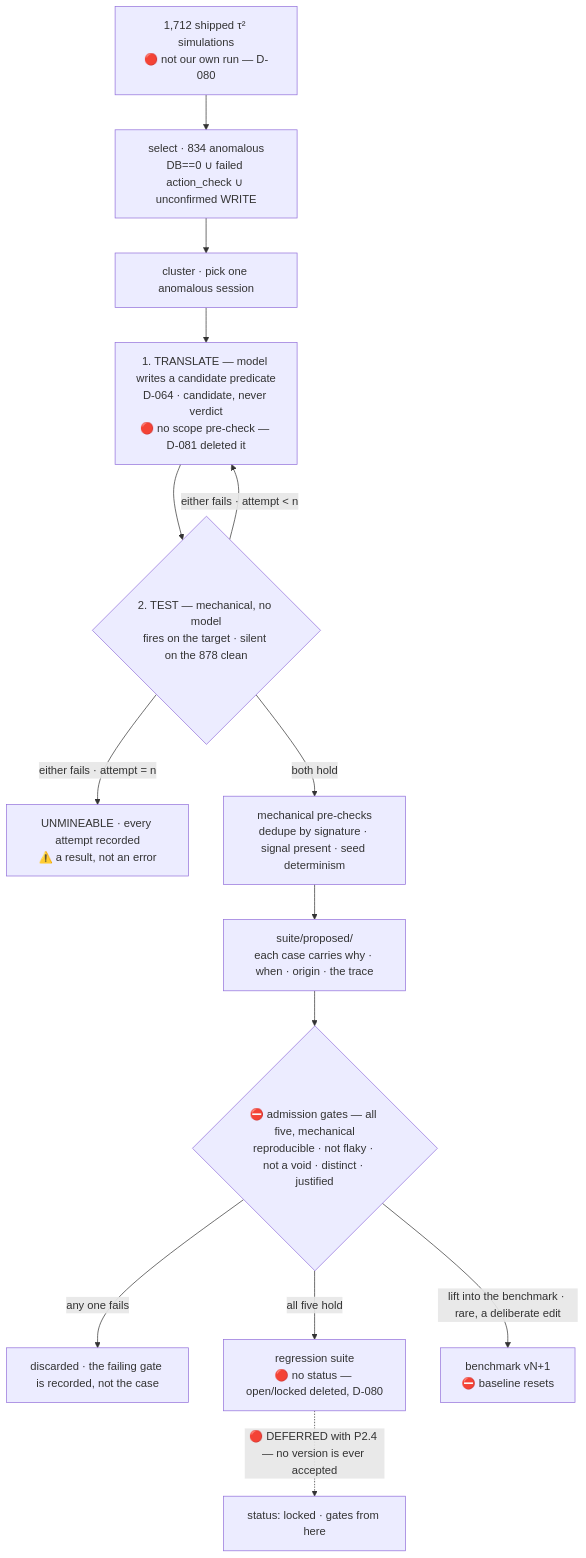
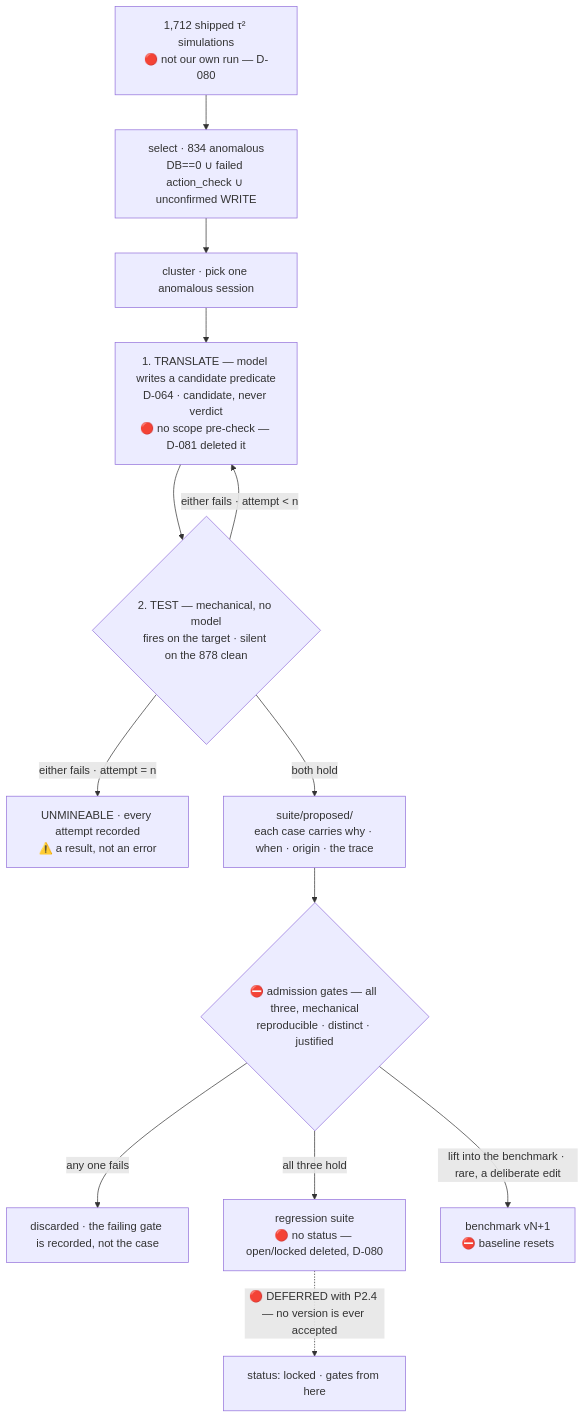
The diagram in docs/02-gates.md (sandeepyadav1478/touchstone), drawn with Mermaid before and after one commit. The commit also changed other lines of this file and 10 other files, not shown here.

````diff
--- a/docs/02-gates.md
+++ b/docs/02-gates.md
@@ -349,16 +349,15 @@
 ```mermaid
 flowchart TB
   SCORE["1,712 shipped τ² simulations<br/>🔴 not our own run — D-080"] --> FAIL["select · 834 anomalous<br/>DB==0 ∪ failed action_check ∪ unconfirmed WRITE"]
   FAIL --> PICK["cluster · pick one anomalous session"]
   PICK --> TRANS["1. TRANSLATE — model writes a candidate predicate<br/>D-064 · candidate, never verdict<br/>🔴 no scope pre-check — D-081 deleted it"]
   TRANS --> TEST{"2. TEST — mechanical, no model<br/>fires on the target · silent on the 878 clean"}
   TEST -->|"either fails · attempt < n"| TRANS
   TEST -->|"either fails · attempt = n"| UNM["UNMINEABLE · every attempt recorded<br/>⚠️ a result, not an error"]
-  TEST -->|both hold| CHECK["mechanical pre-checks<br/>dedupe by signature · signal present · seed determinism"]
-  CHECK --> PROP["suite/proposed/<br/>each case carries why · when · origin · the trace"]
-  PROP --> ADMIT{"⛔ admission gates — all five, mechanical<br/>reproducible · not flaky · not a void · distinct · justified"}
+  TEST -->|both hold| PROP["suite/proposed/<br/>each case carries why · when · origin · the trace"]
+  PROP --> ADMIT{"⛔ admission gates — all three, mechanical<br/>reproducible · distinct · justified"}
   ADMIT -->|any one fails| DROP["discarded · the failing gate is recorded, not the case"]
-  ADMIT -->|all five hold| REG["regression suite<br/>🔴 no status — open/locked deleted, D-080"]
+  ADMIT -->|all three hold| REG["regression suite<br/>🔴 no status — open/locked deleted, D-080"]
   REG -.->|"🔴 DEFERRED with P2.4 — no version is ever accepted"| LOCK["status: locked · gates from here"]
   ADMIT -->|"lift into the benchmark · rare, a deliberate edit"| BENCH["benchmark vN+1<br/>⛔ baseline resets"]
 ```
````
